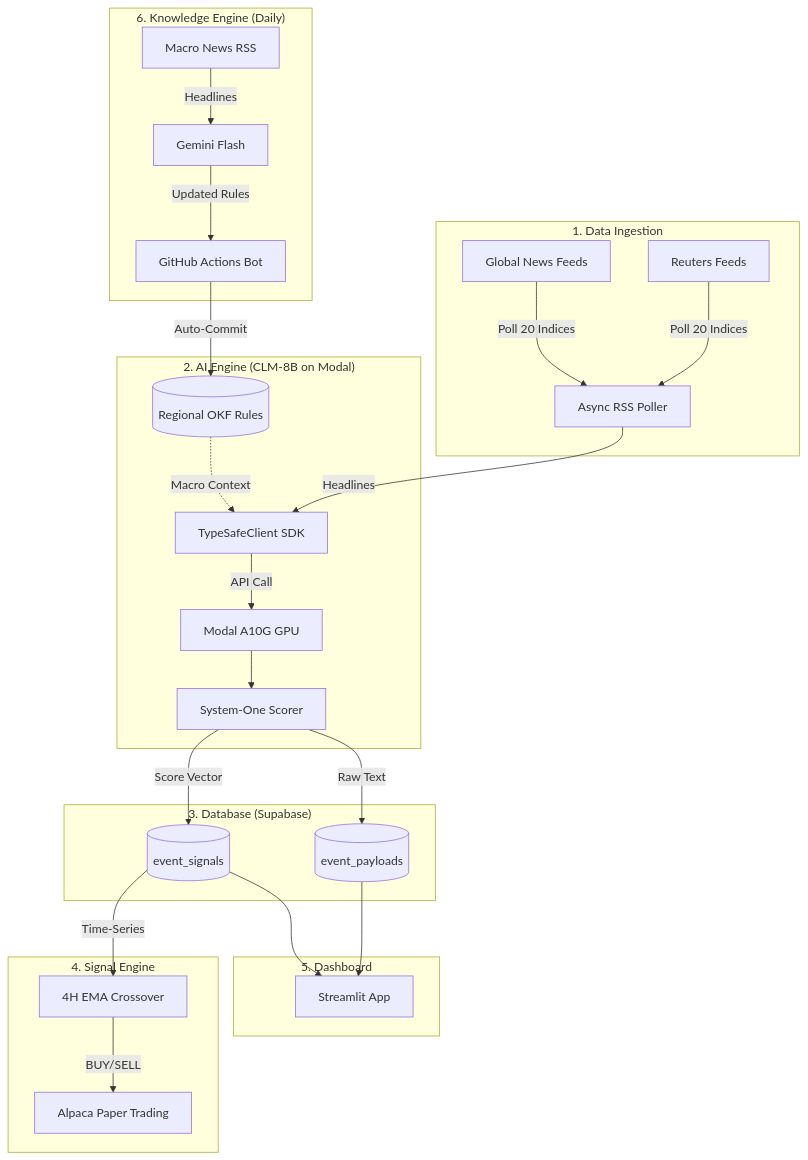
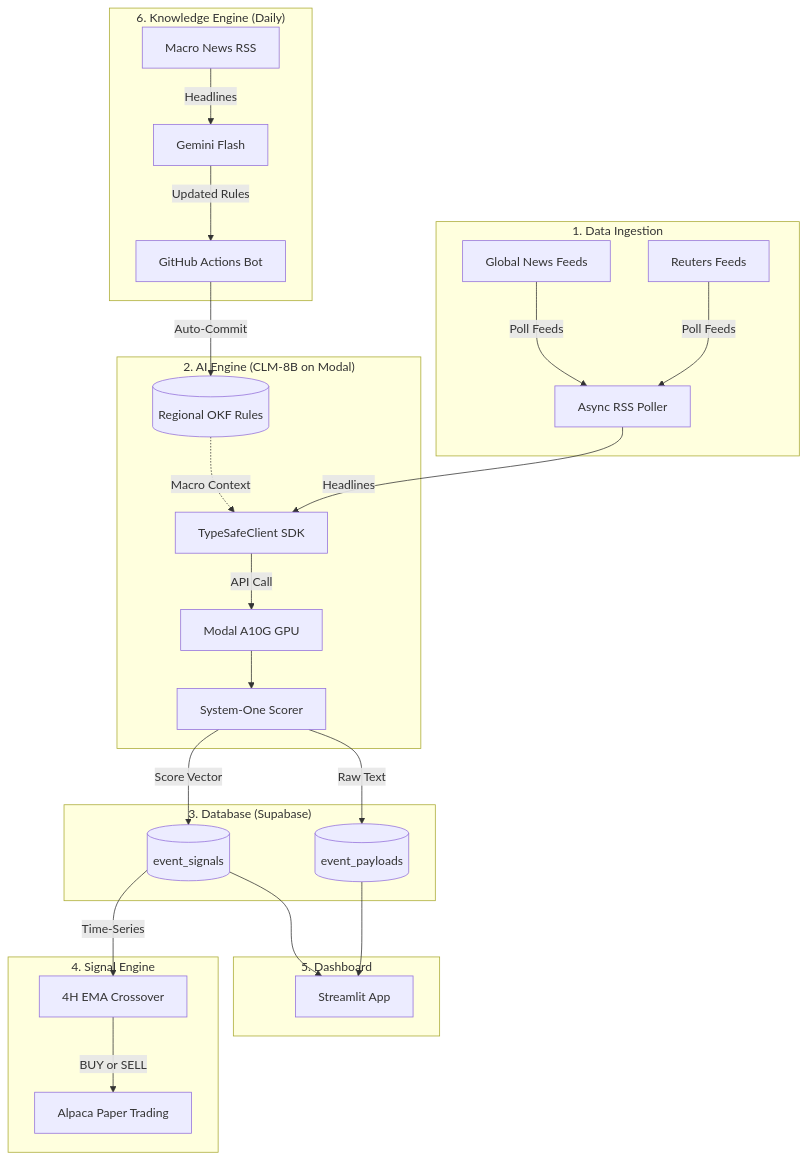
Before and after one commit to Shivam-Jha96/gsp: the diagram in README.md, drawn with Mermaid. The commit also changed 1 other file, not shown here.

Commit message:
fix(docs): resolve Mermaid syntax errors in diagrams for GitHub rendering

````diff
--- a/README.md
+++ b/README.md
@@ -106,34 +106,50 @@
 ```mermaid
 flowchart TD
-    subgraph "1. Data Ingestion"
-        GN[Global News Feeds] & GR[Reuters Feeds] -->|Poll 20 Indices| Poller[Async RSS Poller]
+    subgraph S1 ["1. Data Ingestion"]
+        GN["Global News Feeds"]
+        GR["Reuters Feeds"]
+        Poller["Async RSS Poller"]
+        GN -->|Poll Feeds| Poller
+        GR -->|Poll Feeds| Poller
     end
     
-    subgraph "2. AI Engine (CLM-8B on Modal)"
-        OKF[(Regional OKF Rules)]
-        Poller -->|Headlines| SDK[TypeSafeClient SDK]
+    subgraph S2 ["2. AI Engine (CLM-8B on Modal)"]
+        OKF[("Regional OKF Rules")]
+        SDK["TypeSafeClient SDK"]
+        GPU["Modal A10G GPU"]
+        CLM["System-One Scorer"]
+        Poller -->|Headlines| SDK
         OKF -.->|Macro Context| SDK
-        SDK -->|API Call| GPU[Modal A10G GPU]
-        GPU --> CLM[System-One Scorer]
+        SDK -->|API Call| GPU
+        GPU --> CLM
     end
 
-    subgraph "3. Database (Supabase)"
-        CLM -->|Score Vector| DB1[(event_signals)]
-        CLM -->|Raw Text| DB2[(event_payloads)]
+    subgraph S3 ["3. Database (Supabase)"]
+        DB1[("event_signals")]
+        DB2[("event_payloads")]
+        CLM -->|Score Vector| DB1
+        CLM -->|Raw Text| DB2
     end
 
-    subgraph "4. Signal Engine"
-        DB1 -->|Time-Series| EMA[4H EMA Crossover]
-        EMA -->|BUY/SELL| Alpaca[Alpaca Paper Trading]
+    subgraph S4 ["4. Signal Engine"]
+        EMA["4H EMA Crossover"]
+        Alpaca["Alpaca Paper Trading"]
+        DB1 -->|Time-Series| EMA
+        EMA -->|BUY or SELL| Alpaca
     end
 
-    subgraph "5. Dashboard"
-        DB1 & DB2 --> Streamlit[Streamlit App]
+    subgraph S5 ["5. Dashboard"]
+        Streamlit["Streamlit App"]
+        DB1 --> Streamlit
+        DB2 --> Streamlit
     end
 
-    subgraph "6. Knowledge Engine (Daily)"
-        NEWS[Macro News RSS] -->|Headlines| GEMINI[Gemini Flash]
-        GEMINI -->|Updated Rules| BOT[GitHub Actions Bot]
+    subgraph S6 ["6. Knowledge Engine (Daily)"]
+        NEWS["Macro News RSS"]
+        GEMINI["Gemini Flash"]
+        BOT["GitHub Actions Bot"]
+        NEWS -->|Headlines| GEMINI
+        GEMINI -->|Updated Rules| BOT
         BOT -->|Auto-Commit| OKF
     end
 ```
````
